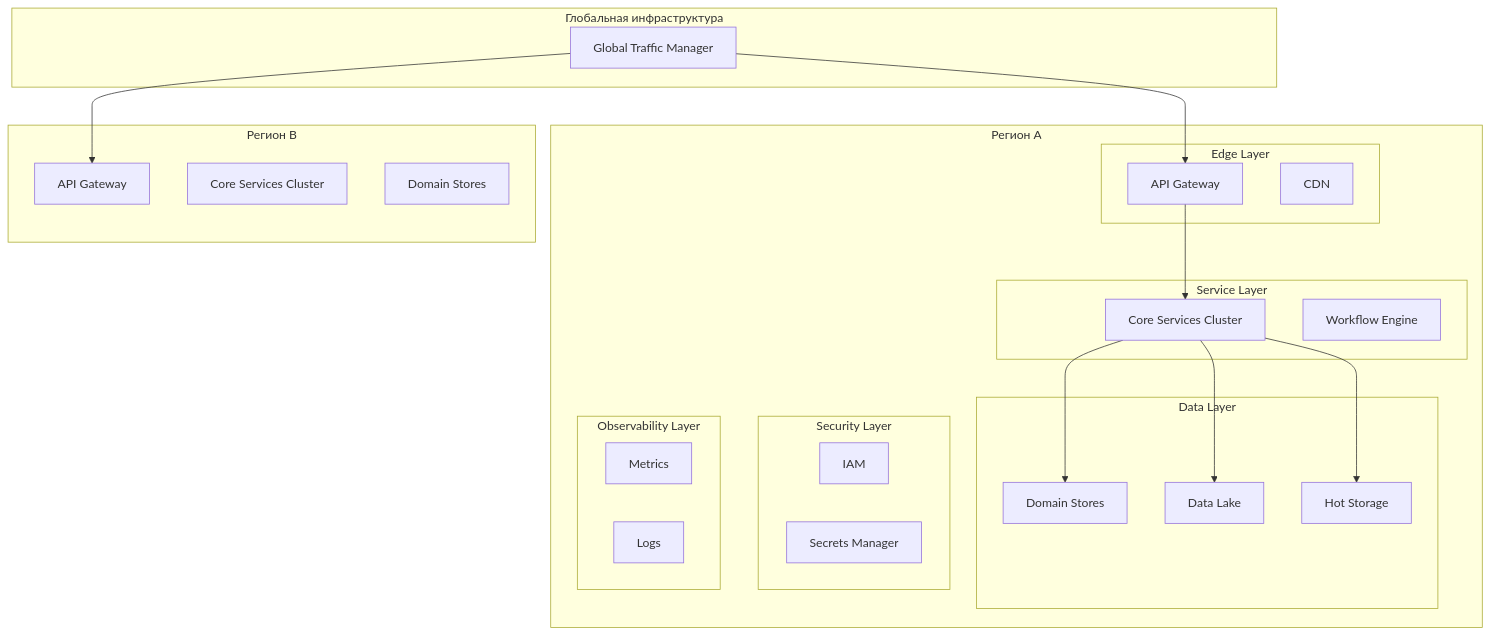
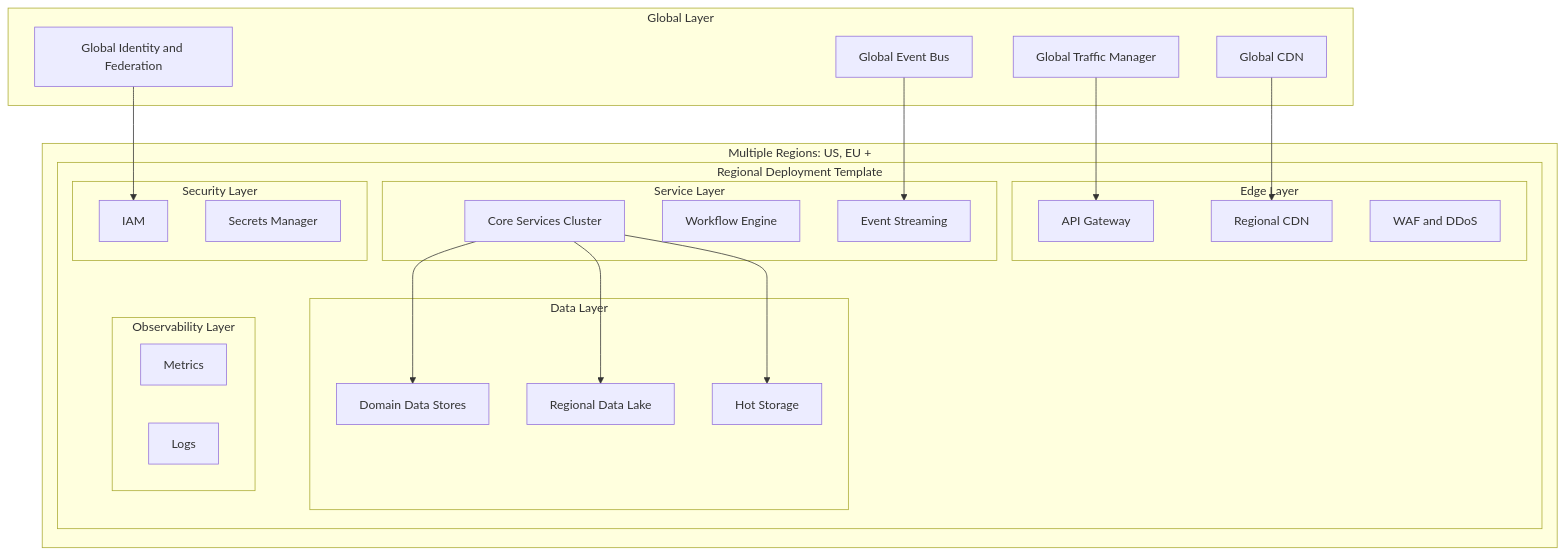
Before and after one commit to artveq/skillbox-architecture-final: the fourth of 5 diagrams in docs/stage-2/14-key-concepts.md, drawn with Mermaid.

Commit message:
#14 fix infrastructure concept

````diff
--- a/docs/stage-2/14-key-concepts.md
+++ b/docs/stage-2/14-key-concepts.md
@@ -277,48 +277,65 @@
 ```mermaid
+
 flowchart TB
 
-subgraph Global[Глобальная инфраструктура]
+%% =========================
+%% GLOBAL LAYER
+%% =========================
+subgraph GLOBAL[Global Layer]
     GTM[Global Traffic Manager]
+    GlobalCDN[Global CDN]
+    GlobalIAM[Global Identity and Federation]
+    GlobalEvents[Global Event Bus]
 end
 
-subgraph RegionA[Регион A]
-    subgraph EdgeA[Edge Layer]
-        APIGW_A[API Gateway]
-        CDN_A[CDN]
-    end
+%% =========================
+%% MULTI-REGION CLUSTER
+%% =========================
+subgraph REGIONS[Multiple Regions: US, EU +]
+    
+    subgraph REGION_TEMPLATE[Regional Deployment Template]
+        
+        subgraph EDGE[Edge Layer]
+            APIGW[API Gateway]
+            CDN[Regional CDN]
+            WAF[WAF and DDoS]
+        end
 
-    subgraph ServicesA[Service Layer]
-        CoreA[Core Services Cluster]
-        WorkflowA[Workflow Engine]
-    end
+        subgraph SERVICES[Service Layer]
+            Core[Core Services Cluster]
+            Workflow[Workflow Engine]
+            Events[Event Streaming]
+        end
 
-    subgraph DataA[Data Layer]
-        StoresA[Domain Stores]
-        LakeA[Data Lake]
-        HotA[Hot Storage]
-    end
+        subgraph DATA[Data Layer]
+            DB[Domain Data Stores]
+            Lake[Regional Data Lake]
+            Hot[Hot Storage]
+        end
 
-    subgraph SecurityA[Security Layer]
-        IAM_A[IAM]
-        Secrets_A[Secrets Manager]
-    end
+        subgraph SECURITY[Security Layer]
+            IAM[IAM]
+            Secrets[Secrets Manager]
+        end
 
-    subgraph ObsA[Observability Layer]
-        MetricsA[Metrics]
-        LogsA[Logs]
+        subgraph OBS[Observability Layer]
+            Metrics[Metrics]
+            Logs[Logs]
+        end
+
     end
 end
 
-subgraph RegionB[Регион B]
-    APIGW_B[API Gateway]
-    CoreB[Core Services Cluster]
-    StoresB[Domain Stores]
-end
+%% =========================
+%% CONNECTIONS
+%% =========================
+GTM --> APIGW
+GlobalCDN --> CDN
+GlobalIAM --> IAM
+GlobalEvents --> Events
 
-GTM --> APIGW_A
-GTM --> APIGW_B
-APIGW_A --> CoreA
-CoreA --> StoresA
-CoreA --> LakeA
-CoreA --> HotA
+Core --> DB
+Core --> Lake
+Core --> Hot
+
 ```
````
